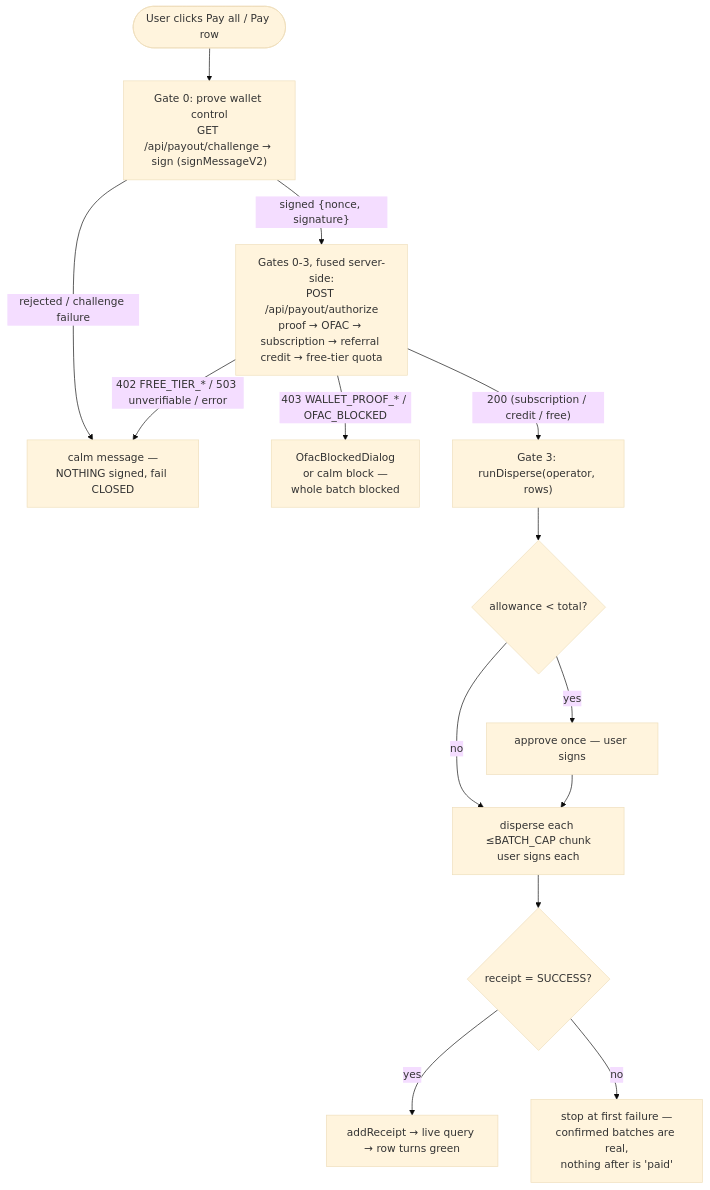
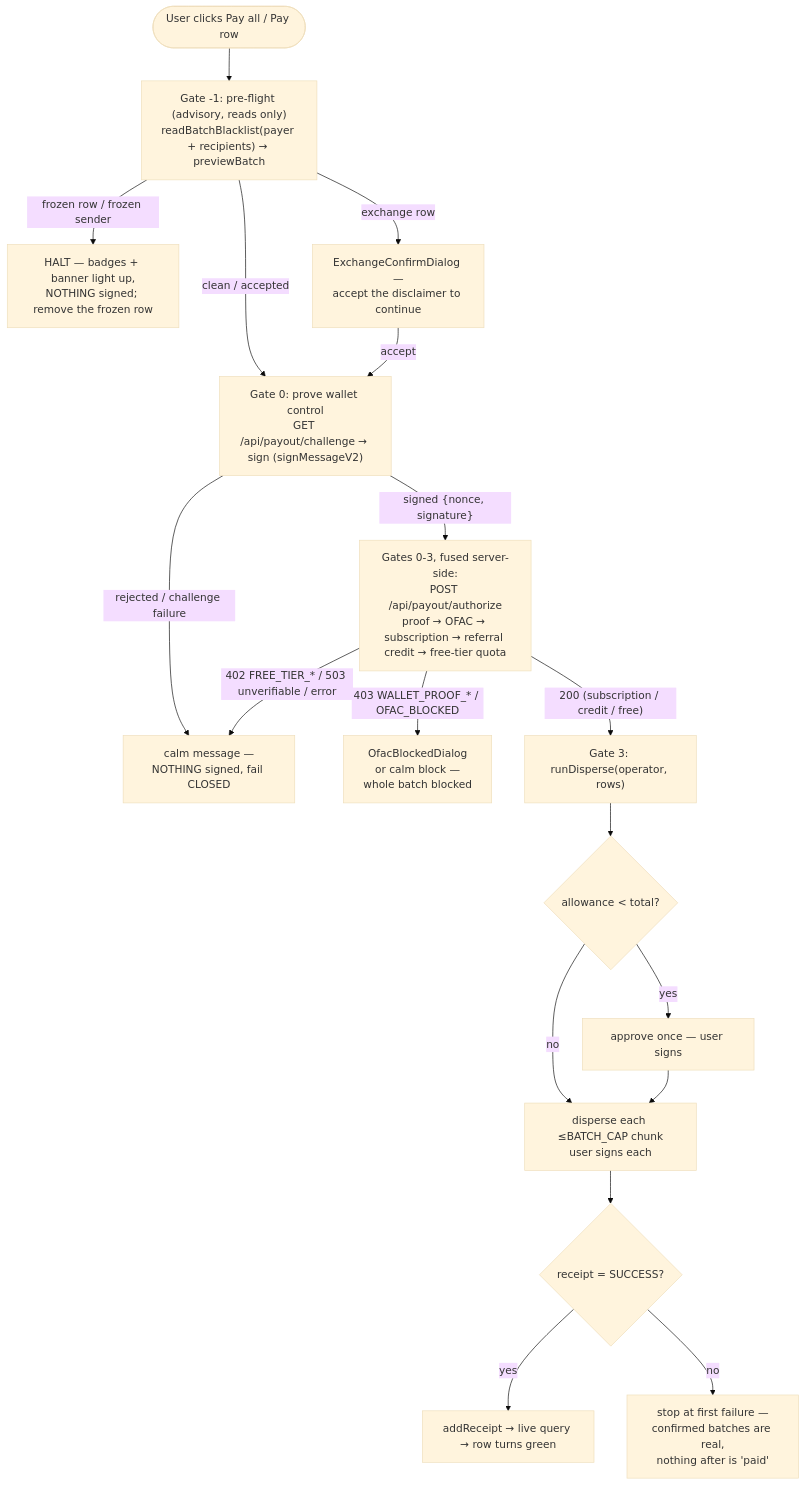
Before and after one commit to cristianrisueo/purserpay: the first of 2 diagrams in docs/03-data-flow.md, drawn with Mermaid (base theme). The commit also changed other lines of this file and 84 other files, not shown here.

````diff
--- a/docs/03-data-flow.md
+++ b/docs/03-data-flow.md
@@ -62,17 +160,22 @@
 ```mermaid
 flowchart TD
-    Start([User clicks Pay all / Pay row]) --> Prove["Gate 0: prove wallet control<br/>GET /api/payout/challenge → sign (signMessageV2)"]
+    Start([User clicks Pay all / Pay row]) --> Pre["Gate -1: pre-flight (advisory, reads only)<br/>readBatchBlacklist(payer + recipients) → previewBatch"]
+    Pre -->|"frozen row / frozen sender"| Halt[HALT — badges + banner light up,<br/>NOTHING signed; remove the frozen row]
+    Pre -->|"exchange row"| Confirm2[ExchangeConfirmDialog —<br/>accept the disclaimer to continue]
+    Pre -->|"clean / accepted"| Prove
+    Confirm2 -->|accept| Prove
+    Prove["Gate 0: prove wallet control<br/>GET /api/payout/challenge → sign (signMessageV2)"]
     Prove -->|"rejected / challenge failure"| FailClosed[calm message —<br/>NOTHING signed, fail CLOSED]
     Prove -->|"signed {nonce, signature}"| Authz["Gates 0-3, fused server-side:<br/>POST /api/payout/authorize<br/>proof → OFAC → subscription → referral credit → free-tier quota"]
     Authz -->|"403 WALLET_PROOF_* / OFAC_BLOCKED"| Block[OfacBlockedDialog<br/>or calm block —<br/>whole batch blocked]
     Authz -->|"402 FREE_TIER_* / 503 unverifiable / error"| FailClosed
     Authz -->|"200 (subscription / credit / free)"| G3
 
     G3["Gate 3: runDisperse(operator, rows)"] --> Approve{allowance < total?}
     Approve -->|yes| DoApprove[approve once — user signs]
     Approve -->|no| Batch
     DoApprove --> Batch[disperse each ≤BATCH_CAP chunk<br/>user signs each]
     Batch --> Confirm{receipt = SUCCESS?}
     Confirm -->|yes| Receipt[addReceipt → live query → row turns green]
     Confirm -->|no| Stop[stop at first failure —<br/>confirmed batches are real,<br/>nothing after is 'paid']
 ```
````
